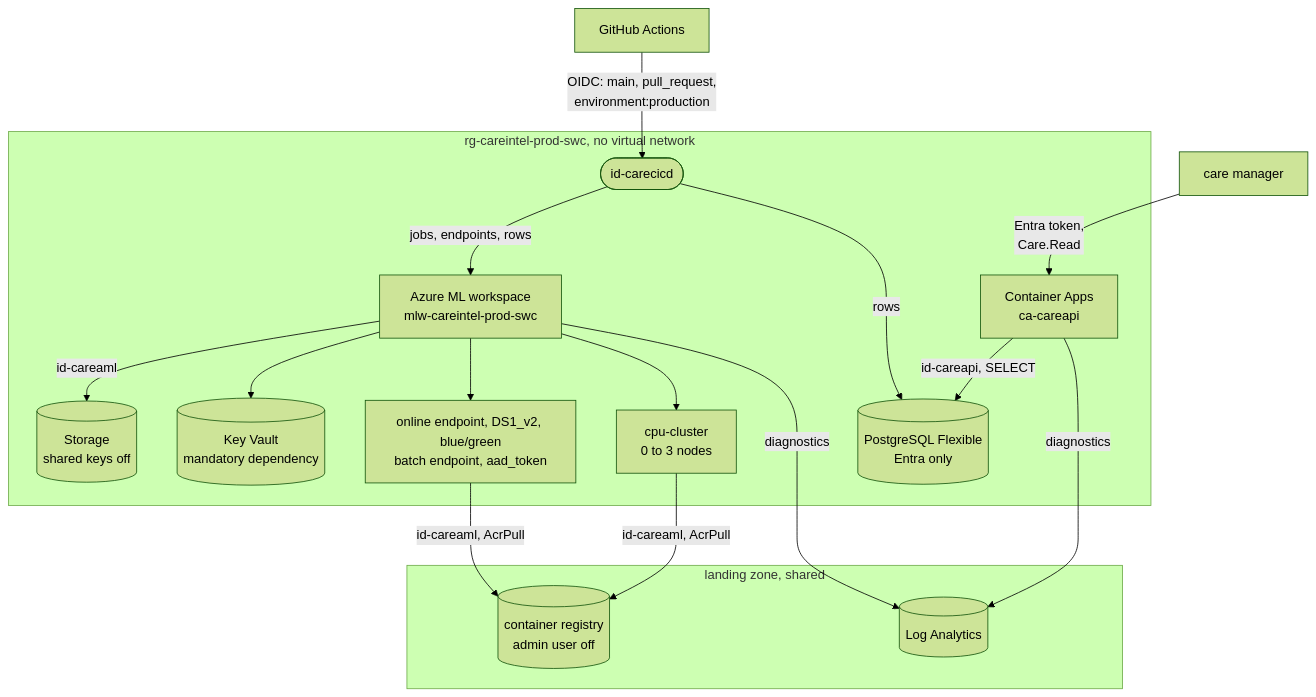
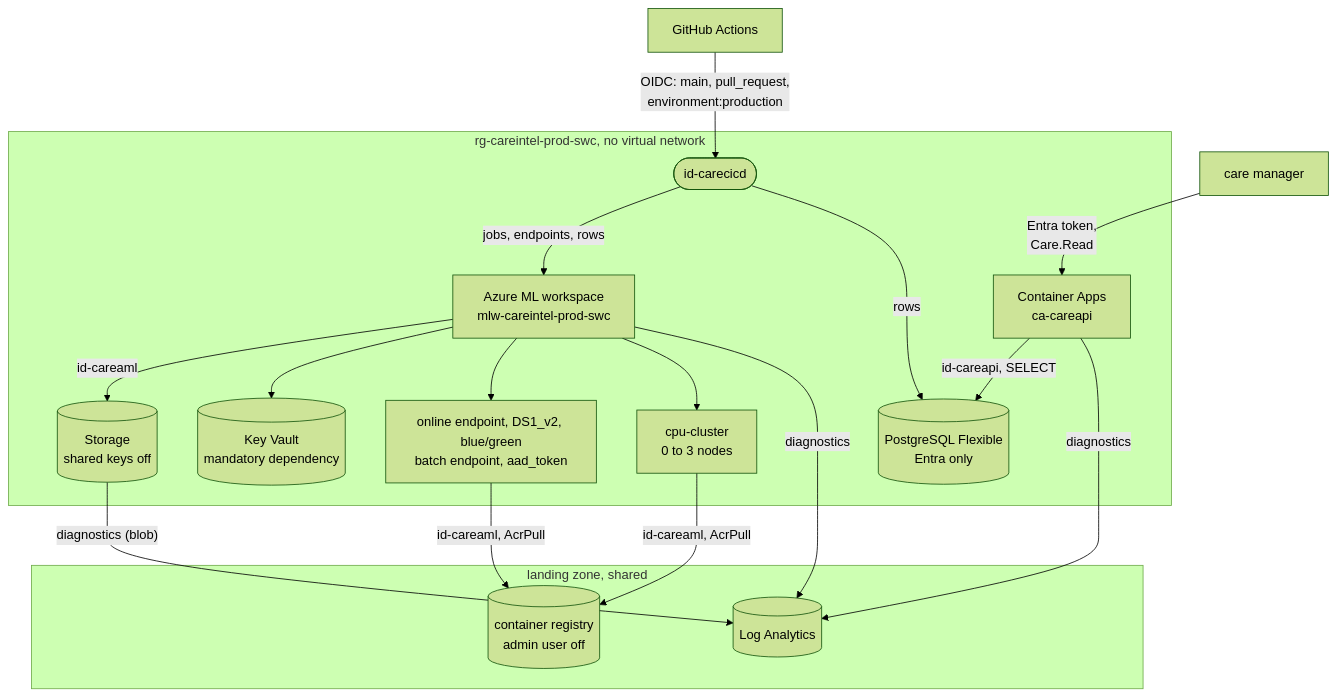
The second of 2 diagrams in docs/architecture.md (Rodrigo-GomezdelMoral/azure-care-intelligence-platform), drawn with Mermaid (forest theme) before and after one commit. The commit also changed 2 other files, not shown here.

Commit message:
refresh budget counts, token checks and blob diagnostics in the docs

````diff
--- a/docs/architecture.md
+++ b/docs/architecture.md
@@ -42,22 +42,23 @@
 ```mermaid
 flowchart TB
     GH["GitHub Actions"] -- "OIDC: main, pull_request,<br/>environment:production" --> CICD(["id-carecicd"])
     CM["care manager"] -- "Entra token,<br/>Care.Read" --> ACA["Container Apps<br/>ca-careapi"]
     subgraph RG["rg-careintel-prod-swc, no virtual network"]
         ACA -- "id-careapi, SELECT" --> PSQL[("PostgreSQL Flexible<br/>Entra only")]
         CICD -- "jobs, endpoints, rows" --> MLW["Azure ML workspace<br/>mlw-careintel-prod-swc"]
         CICD -- "rows" --> PSQL
         MLW -- "id-careaml" --> ST[("Storage<br/>shared keys off")]
         MLW --> KV[("Key Vault<br/>mandatory dependency")]
         MLW --> EP["online endpoint, DS1_v2, blue/green<br/>batch endpoint, aad_token"]
         MLW --> CL["cpu-cluster<br/>0 to 3 nodes"]
     end
     subgraph SHARED["landing zone, shared"]
         ACR[("container registry<br/>admin user off")]
         LAW[("Log Analytics")]
     end
     EP -- "id-careaml, AcrPull" --> ACR
     CL -- "id-careaml, AcrPull" --> ACR
     MLW -- "diagnostics" --> LAW
     ACA -- "diagnostics" --> LAW
+    ST -- "diagnostics (blob)" --> LAW
 ```
````
